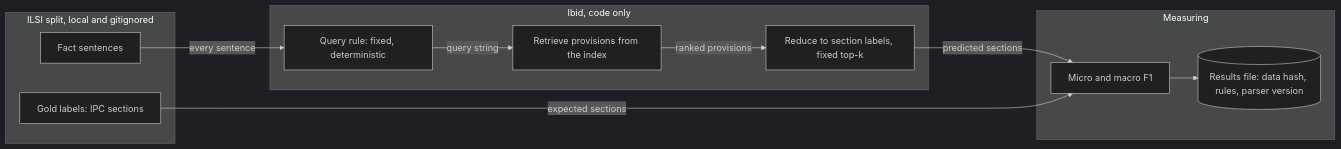
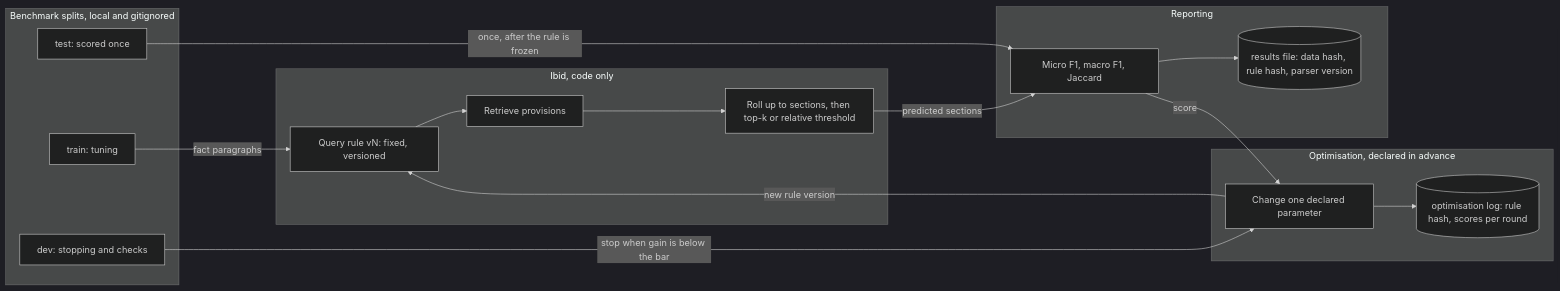
One commit to pokhriyal-anmol/ibid changed the diagram in .scratch/slice-2/spec.md. Above: the diagram before and after it, drawn with Mermaid (dark theme). The commit also changed other lines of this file and 1 other file, not shown here.

First line of the commit message:
docs: ADR 0004 and slice 2 decisions with an optimisation protocol

````diff
--- a/.scratch/slice-2/spec.md
+++ b/.scratch/slice-2/spec.md
@@ -13,22 +13,31 @@
 ```mermaid
 flowchart LR
-  subgraph Data["ILSI split, local and gitignored"]
-    F["Fact sentences"]
-    L["Gold labels: IPC sections"]
+  subgraph Data["Benchmark splits, local and gitignored"]
+    TR["train: tuning"]
+    DV["dev: stopping and checks"]
+    TE["test: scored once"]
   end
   subgraph Ibid["Ibid, code only"]
-    Q["Query rule: fixed, deterministic"]
-    R["Retrieve provisions from the index"]
-    S["Reduce to section labels, fixed top-k"]
+    Q["Query rule vN: fixed, versioned"]
+    R["Retrieve provisions"]
+    S["Roll up to sections, then top-k or relative threshold"]
   end
-  subgraph Measure["Measuring"]
-    M["Micro and macro F1"]
-    O[("Results file: data hash, rules, parser version")]
+  subgraph Loop["Optimisation, declared in advance"]
+    P["Change one declared parameter"]
+    L[("optimisation log: rule hash, scores per round")]
   end
-  F -->|"every sentence"| Q
-  Q -->|"query string"| R
-  R -->|"ranked provisions"| S
+  subgraph Report["Reporting"]
+    M["Micro F1, macro F1, Jaccard"]
+    O[("results file: data hash, rule hash, parser version")]
+  end
+  TR -->|"fact paragraphs"| Q
+  Q --> R
+  R --> S
   S -->|"predicted sections"| M
-  L -->|"expected sections"| M
+  M -->|"score"| P
+  P -->|"new rule version"| Q
+  P --> L
+  DV -->|"stop when gain is below the bar"| P
+  TE -->|"once, after the rule is frozen"| M
   M --> O
 ```
````
